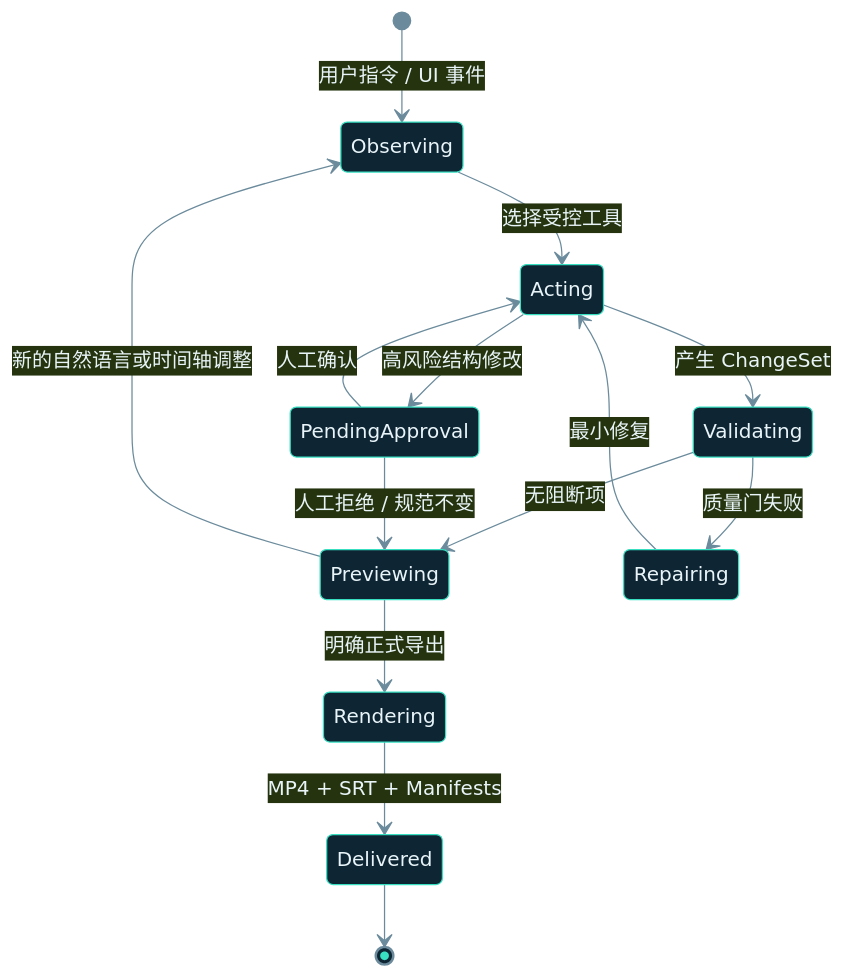
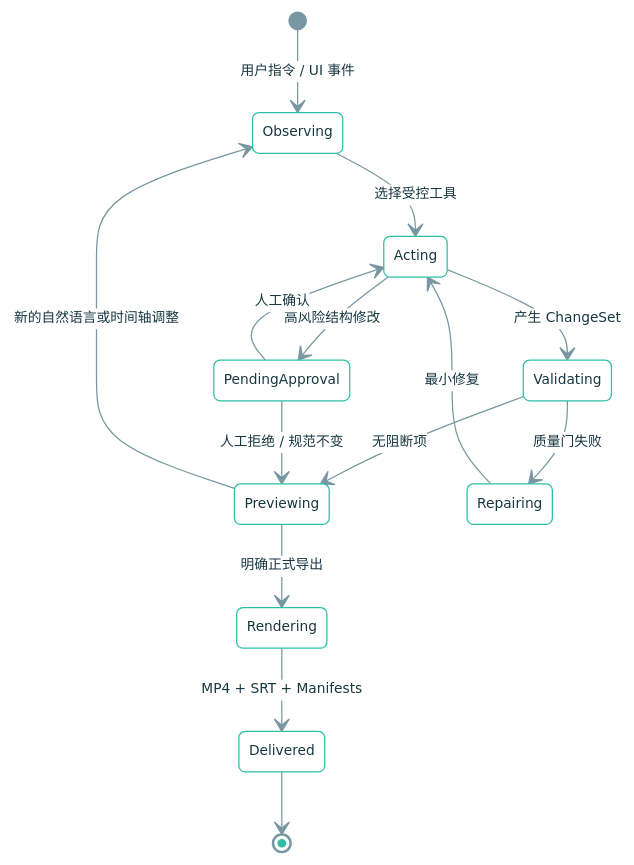
The second of 2 diagrams in README.md (panhh0804/PyCut), drawn with Mermaid before and after one commit. The commit also changed other lines of this file and 53 other files, not shown here.

````diff
--- a/README.md
+++ b/README.md
@@ -78,17 +85,17 @@
 ```mermaid
-%%{init: {"theme":"base","themeVariables":{"primaryColor":"#0E2534","primaryTextColor":"#E8F4F8","primaryBorderColor":"#38E0C1","lineColor":"#6B8B9C","fontFamily":"Inter, PingFang SC, sans-serif"}}}%%
+%%{init: {"theme":"base","themeVariables":{"background":"#F7FBFC","primaryColor":"#EDF9F6","primaryTextColor":"#173840","primaryBorderColor":"#2CBFA5","lineColor":"#7897A2","secondaryColor":"#EEF5FF","tertiaryColor":"#FFF4EC","mainBkg":"#FFFFFF","secondBkg":"#F4F8FA","stateBkg":"#FFFFFF","stateBorder":"#43B9A5","stateLabelColor":"#173840","labelBackgroundColor":"#FFFFFF","edgeLabelBackground":"#FFFFFF","fontFamily":"Inter, PingFang SC, sans-serif","fontSize":"11px"}}}%%
 stateDiagram-v2
     [*] --> Observing: 用户指令 / UI 事件
     Observing --> Acting: 选择受控工具
     Acting --> Validating: 产生 ChangeSet
     Validating --> Previewing: 无阻断项
     Validating --> Repairing: 质量门失败
     Repairing --> Acting: 最小修复
     Acting --> PendingApproval: 高风险结构修改
     PendingApproval --> Acting: 人工确认
     PendingApproval --> Previewing: 人工拒绝 / 规范不变
     Previewing --> Observing: 新的自然语言或时间轴调整
     Previewing --> Rendering: 明确正式导出
     Rendering --> Delivered: MP4 + SRT + Manifests
     Delivered --> [*]
 ```
````
